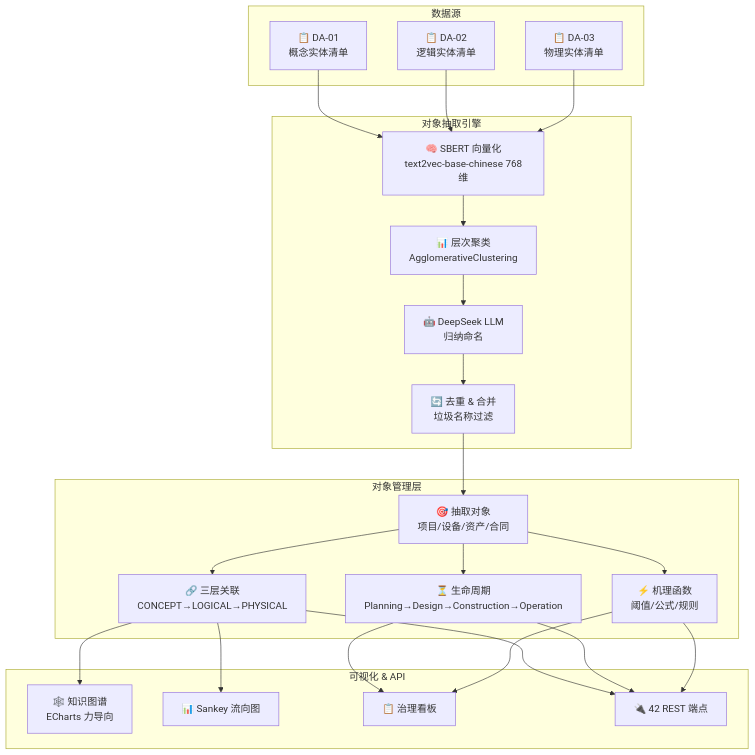
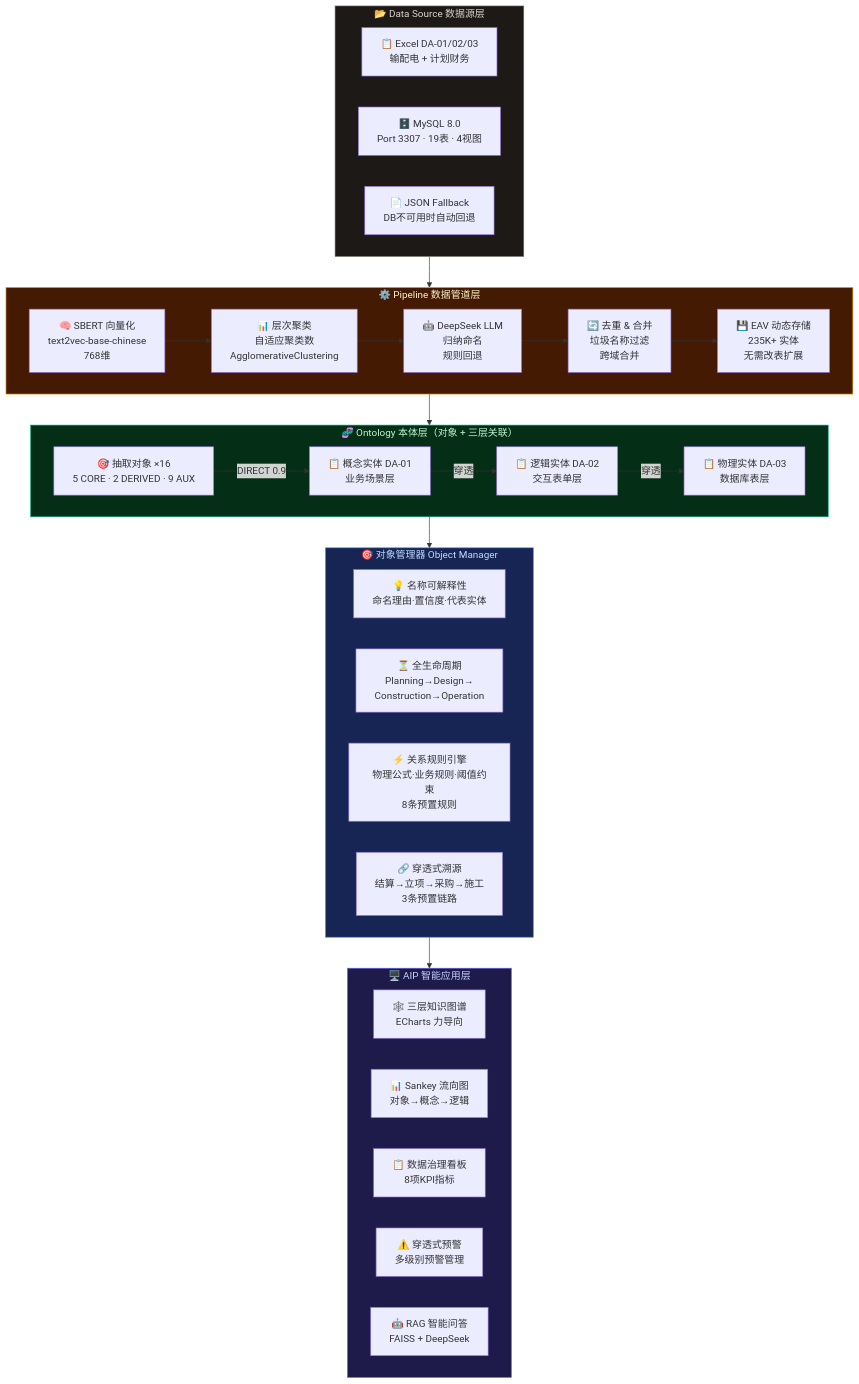
The first of 5 diagrams in README.md (qqyjx/YIMO), drawn with Mermaid before and after one commit. The commit also changed other lines of this file, not shown here.

Commit message:
docs: 修复 README 失效链接 + Palantir 风格 5 层架构图重构
- 修复 3 个指向已删除 doc/ 目录的失效链接，指向 docs/product/ 实际文件
- 系统架构图从简单 4 框连线重构为 Palantir 风格 5 层分层架构
  (Data Source → Pipeline → Ontology → Object Manager → AIP)
- 更新项目结构描述，反映 docs/ 实际子目录布局
- 统一更新数字：42→44+ 端点，146→159 测试

````diff
--- a/README.md
+++ b/README.md
@@ -18,35 +18,53 @@
 ```mermaid
 graph TB
-    subgraph 数据源
-        E1["📋 DA-01<br/>概念实体清单"]
-        E2["📋 DA-02<br/>逻辑实体清单"]
-        E3["📋 DA-03<br/>物理实体清单"]
+    subgraph L5["🖥️ AIP 智能应用层"]
+        direction LR
+        KG["🕸️ 三层知识图谱<br/>ECharts 力导向"]
+        SANKEY["📊 Sankey 流向图<br/>对象→概念→逻辑"]
+        GOV["📋 数据治理看板<br/>8项KPI指标"]
+        ALERT["⚠️ 穿透式预警<br/>多级别预警管理"]
+        RAG["🤖 RAG 智能问答<br/>FAISS + DeepSeek"]
     end
 
-    subgraph 对象抽取引擎
-        SBERT["🧠 SBERT 向量化<br/>text2vec-base-chinese 768维"]
-        CLUSTER["📊 层次聚类<br/>AgglomerativeClustering"]
-        LLM["🤖 DeepSeek LLM<br/>归纳命名"]
-        DEDUP["🔄 去重 & 合并<br/>垃圾名称过滤"]
+    subgraph L4["🎯 对象管理器 Object Manager"]
+        direction LR
+        EXPLAIN["💡 名称可解释性<br/>命名理由·置信度·代表实体"]
+        LIFECYCLE["⏳ 全生命周期<br/>Planning→Design→<br/>Construction→Operation"]
+        RULES["⚡ 关系规则引擎<br/>物理公式·业务规则·阈值约束<br/>8条预置规则"]
+        TRACE["🔗 穿透式溯源<br/>结算→立项→采购→施工<br/>3条预置链路"]
     end
 
-    subgraph 对象管理层
-        OBJ["🎯 抽取对象<br/>项目/设备/资产/合同"]
-        REL["🔗 三层关联<br/>CONCEPT→LOGICAL→PHYSICAL"]
-        LC["⏳ 生命周期<br/>Planning→Design→Construction→Operation"]
-        MF["⚡ 机理函数<br/>阈值/公式/规则"]
+    subgraph L3["🧬 Ontology 本体层（对象 + 三层关联）"]
+        direction LR
+        OBJ["🎯 抽取对象 ×16<br/>5 CORE · 2 DERIVED · 9 AUX"]
+        C["📋 概念实体 DA-01<br/>业务场景层"]
+        L["📋 逻辑实体 DA-02<br/>交互表单层"]
+        P["📋 物理实体 DA-03<br/>数据库表层"]
+        OBJ -->|"DIRECT 0.9"| C -->|"穿透"| L -->|"穿透"| P
     end
 
-    subgraph 可视化 & API
-        KG["🕸️ 知识图谱<br/>ECharts 力导向"]
-        SANKEY["📊 Sankey 流向图"]
-        GOV["📋 治理看板"]
-        API["🔌 42 REST 端点"]
+    subgraph L2["⚙️ Pipeline 数据管道层"]
+        direction LR
+        SBERT["🧠 SBERT 向量化<br/>text2vec-base-chinese<br/>768维"]
+        CLUSTER["📊 层次聚类<br/>自适应聚类数<br/>AgglomerativeClustering"]
+        LLM["🤖 DeepSeek LLM<br/>归纳命名<br/>规则回退"]
+        DEDUP["🔄 去重 & 合并<br/>垃圾名称过滤<br/>跨域合并"]
+        EAV["💾 EAV 动态存储<br/>235K+ 实体<br/>无需改表扩展"]
+        SBERT --> CLUSTER --> LLM --> DEDUP --> EAV
     end
 
-    E1 & E2 & E3 --> SBERT --> CLUSTER --> LLM --> DEDUP --> OBJ
-    OBJ --> REL --> KG & SANKEY
-    OBJ --> LC --> GOV
-    OBJ --> MF --> GOV
-    REL & LC & MF --> API
+    subgraph L1["📂 Data Source 数据源层"]
+        direction LR
+        EXCEL["📋 Excel DA-01/02/03<br/>输配电 + 计划财务"]
+        MYSQL["🗄️ MySQL 8.0<br/>Port 3307 · 19表 · 4视图"]
+        JSON["📄 JSON Fallback<br/>DB不可用时自动回退"]
+    end
+
+    L1 --> L2 --> L3 --> L4 --> L5
+
+    style L5 fill:#1e1b4b,stroke:#6366f1,color:#c7d2fe
+    style L4 fill:#172554,stroke:#3b82f6,color:#bfdbfe
+    style L3 fill:#052e16,stroke:#10b981,color:#bbf7d0
+    style L2 fill:#451a03,stroke:#f59e0b,color:#fef3c7
+    style L1 fill:#1c1917,stroke:#78716c,color:#d6d3d1
 ```
````
